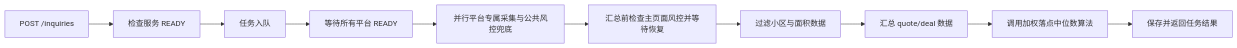
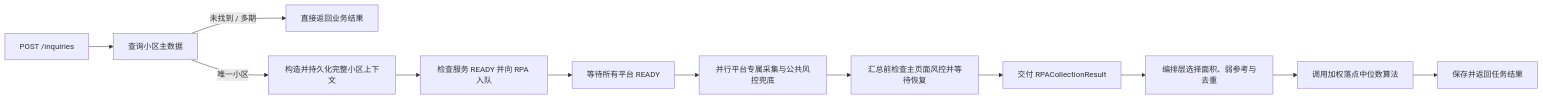
Before and after one commit to Hr222/house-rpa: the fourth of 4 diagrams in docs/系统架构与运行时状态.md, drawn with Mermaid. The commit also changed other lines of this file and 5 other files, not shown here.

````diff
--- a/docs/系统架构与运行时状态.md
+++ b/docs/系统架构与运行时状态.md
@@ -192,12 +216,14 @@
 ```mermaid
 flowchart LR
-    A["POST /inquiries"] --> B["检查服务 READY"]
-    B --> C["任务入队"]
-    C --> D["等待所有平台 READY"]
-    D --> E["并行平台专属采集与公共风控兜底"]
-    E --> F["汇总前检查主页面风控并等待恢复"]
-    F --> G["过滤小区与面积数据"]
-    G --> H["汇总 quote/deal 数据"]
-    H --> I["调用加权落点中位数算法"]
-    I --> J["保存并返回任务结果"]
+    A["POST /inquiries"] --> B["查询小区主数据"]
+    B -->|未找到 / 多期| C["直接返回业务结果"]
+    B -->|唯一小区| D["构造并持久化完整小区上下文"]
+    D --> E["检查服务 READY 并向 RPA 入队"]
+    E --> F["等待所有平台 READY"]
+    F --> G["并行平台专属采集与公共风控兜底"]
+    G --> H["汇总前检查主页面风控并等待恢复"]
+    H --> I["交付 RPACollectionResult"]
+    I --> J["编排层选择面积、弱参考与去重"]
+    J --> K["调用加权落点中位数算法"]
+    K --> L["保存并返回任务结果"]
 ```
````
